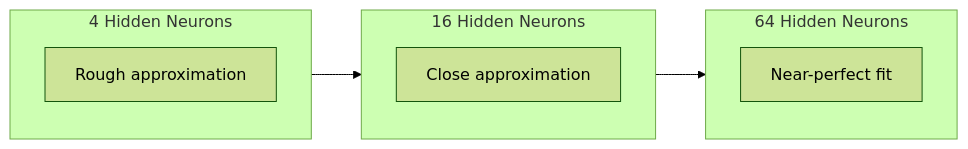
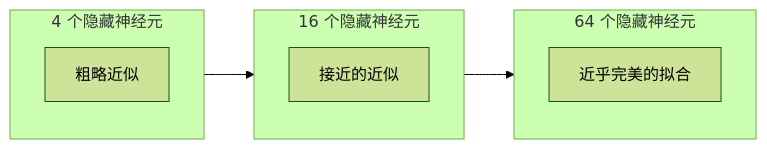
One commit to JerryC8080/ai-engineering-from-scratch-zh changed the third of 3 diagrams in phases/03-deep-learning-core/02-multi-layer-networks/docs/zh.md. Above: the diagram before and after it, drawn with Mermaid (forest theme). The commit also changed other lines of this file and 156 other files, not shown here.

First line of the commit message:
i18n(zh): translate mermaid diagram labels in 157 lesson zh.md

````diff
--- a/phases/03-deep-learning-core/02-multi-layer-networks/docs/zh.md
+++ b/phases/03-deep-learning-core/02-multi-layer-networks/docs/zh.md
@@ -133,13 +133,13 @@
 ```mermaid
 graph LR
-    subgraph FewNeurons["4 Hidden Neurons"]
-        A["Rough approximation"]
+    subgraph FewNeurons["4 个隐藏神经元"]
+        A["粗略近似"]
     end
-    subgraph MoreNeurons["16 Hidden Neurons"]
-        B["Close approximation"]
+    subgraph MoreNeurons["16 个隐藏神经元"]
+        B["接近的近似"]
     end
-    subgraph ManyNeurons["64 Hidden Neurons"]
-        C["Near-perfect fit"]
+    subgraph ManyNeurons["64 个隐藏神经元"]
+        C["近乎完美的拟合"]
     end
     FewNeurons --> MoreNeurons --> ManyNeurons
 ```
````
